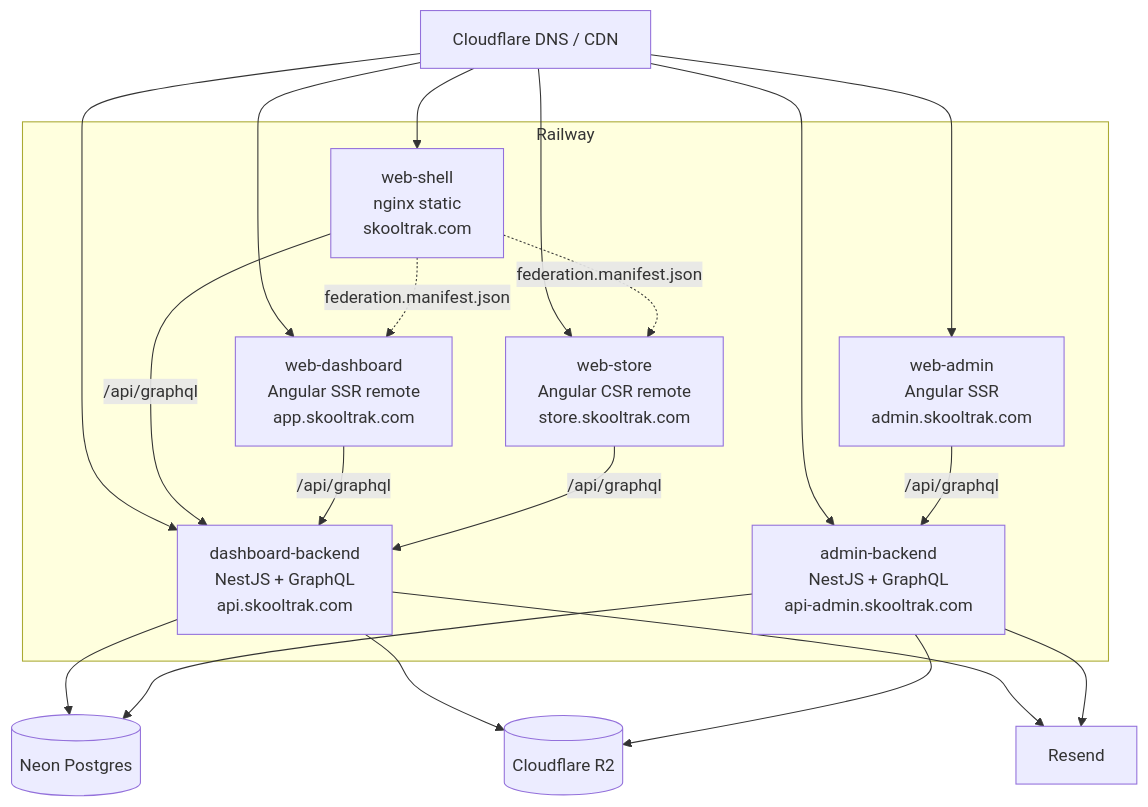
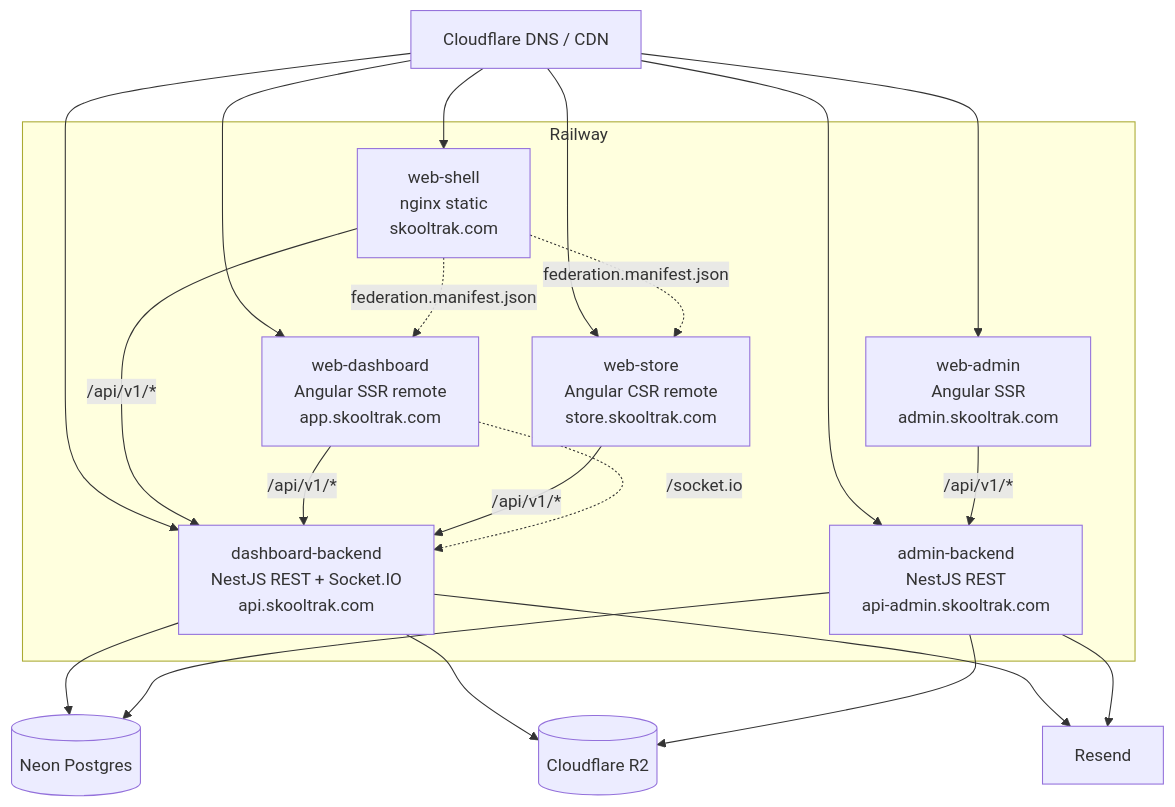
Before and after one commit to JoelNieto/skooltrak: the diagram in docs/DEPLOYMENT.md, drawn with Mermaid. The commit also changed other lines of this file and 405 other files, not shown here.

Commit message:
chore: remove unused GraphQL code generation files and dependencies; delete schema and codegen configuration to streamline project structure

````diff
--- a/docs/DEPLOYMENT.md
+++ b/docs/DEPLOYMENT.md
@@ -33,33 +33,34 @@
 ```mermaid
 flowchart TB
     cf["Cloudflare DNS / CDN"]
     subgraph Railway
       shell["web-shell<br/>nginx static<br/>skooltrak.com"]
       dash["web-dashboard<br/>Angular SSR remote<br/>app.skooltrak.com"]
       store["web-store<br/>Angular CSR remote<br/>store.skooltrak.com"]
       admin["web-admin<br/>Angular SSR<br/>admin.skooltrak.com"]
-      api["dashboard-backend<br/>NestJS + GraphQL<br/>api.skooltrak.com"]
-      apiAdmin["admin-backend<br/>NestJS + GraphQL<br/>api-admin.skooltrak.com"]
+      api["dashboard-backend<br/>NestJS REST + Socket.IO<br/>api.skooltrak.com"]
+      apiAdmin["admin-backend<br/>NestJS REST<br/>api-admin.skooltrak.com"]
     end
     neon[("Neon Postgres")]
     r2[("Cloudflare R2")]
     resend["Resend"]
     cf --> shell
     cf --> dash
     cf --> store
     cf --> admin
     cf --> api
     cf --> apiAdmin
     shell -.->|"federation.manifest.json"| dash
     shell -.->|"federation.manifest.json"| store
-    shell -->|"/api/graphql"| api
-    admin -->|"/api/graphql"| apiAdmin
-    dash -->|"/api/graphql"| api
-    store -->|"/api/graphql"| api
+    shell -->|"/api/v1/*"| api
+    admin -->|"/api/v1/*"| apiAdmin
+    dash -->|"/api/v1/*"| api
+    store -->|"/api/v1/*"| api
+    dash -.->|"/socket.io"| api
     api --> neon
     apiAdmin --> neon
     api --> r2
     apiAdmin --> r2
     api --> resend
     apiAdmin --> resend
 ```
````
